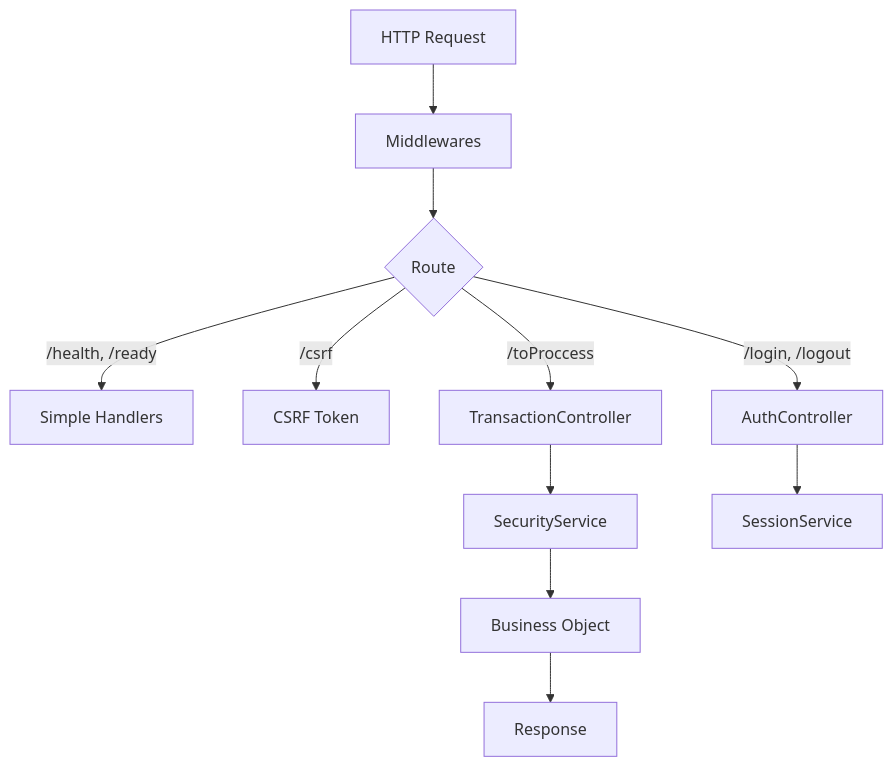
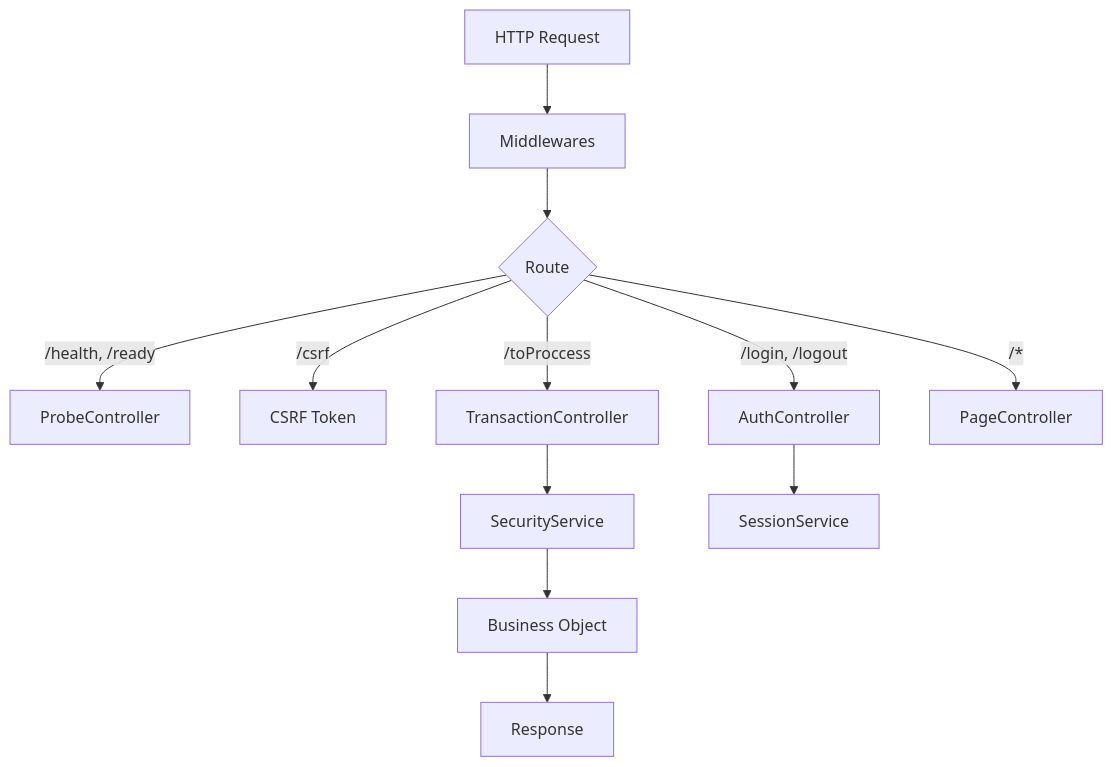
The diagram in docs/02-Architecture/APPSERVER_CORE.en.md (EliabParra/toproc), drawn with Mermaid before and after one commit. The commit also changed other lines of this file and 27 other files, not shown here.

````diff
--- a/docs/02-Architecture/APPSERVER_CORE.en.md
+++ b/docs/02-Architecture/APPSERVER_CORE.en.md
@@ -7,13 +7,14 @@
 ```mermaid
 graph TD
     Request[HTTP Request] --> Middleware[Middlewares]
     Middleware --> Router{Route}
-    Router -->|/health, /ready| Handlers[Simple Handlers]
+    Router -->|/health, /ready| ProbeCtrl[ProbeController]
     Router -->|/csrf| CSRF[CSRF Token]
     Router -->|/login, /logout| AuthCtrl[AuthController]
     Router -->|/toProccess| TxCtrl[TransactionController]
+    Router -->|/*| PageCtrl[PageController]
     TxCtrl --> Security[SecurityService]
     AuthCtrl --> Session[SessionService]
     Security --> BO[Business Object]
     BO --> Response[Response]
 ```
````
